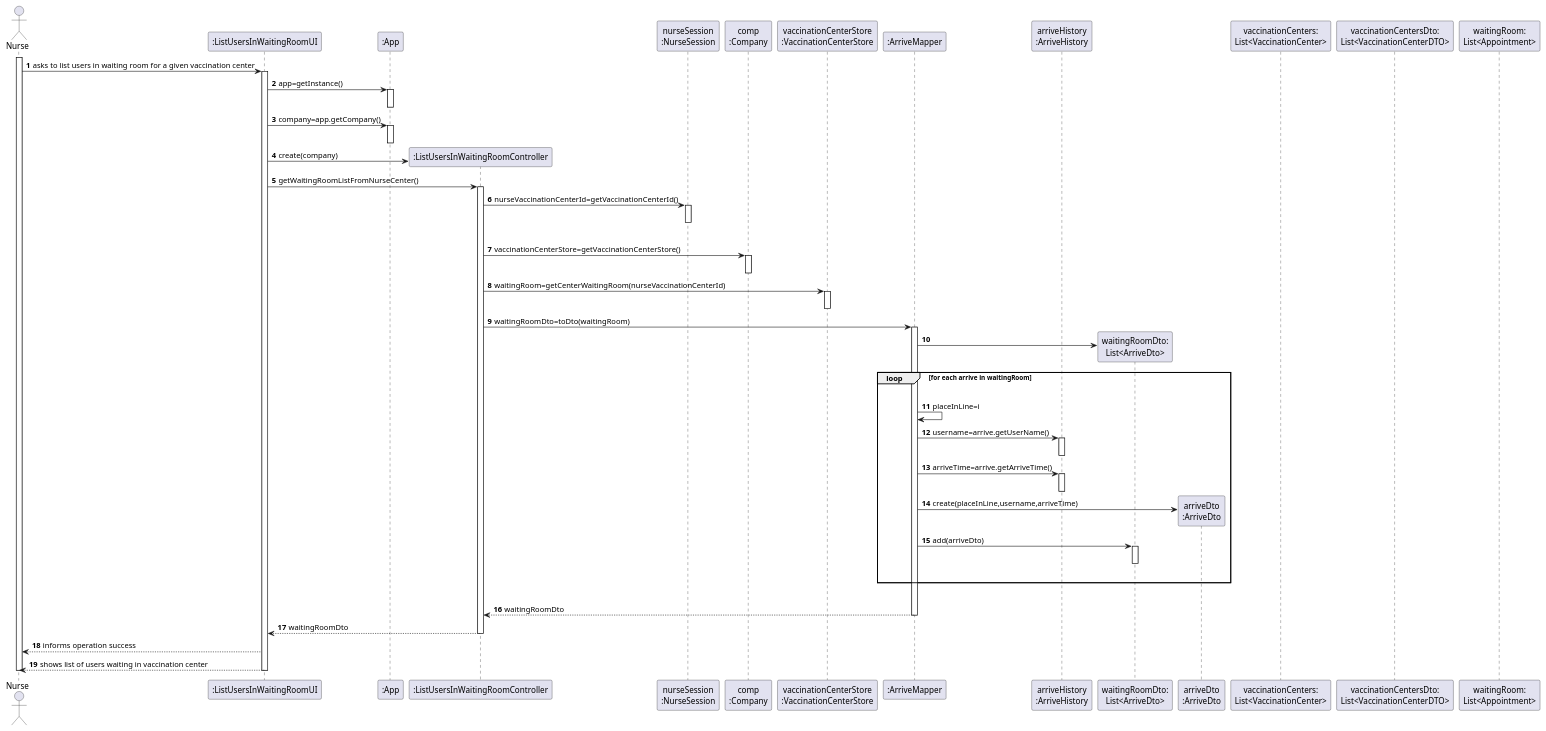
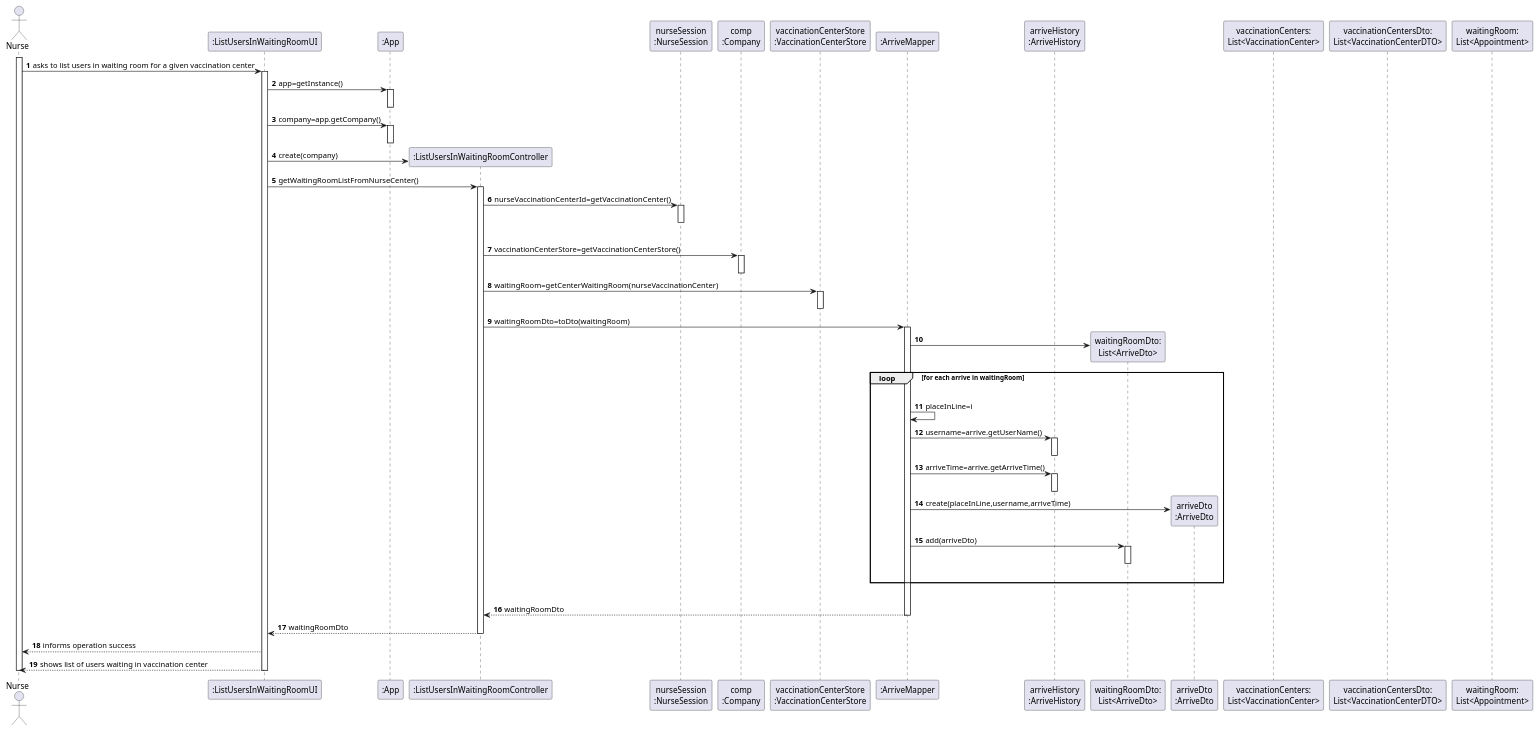
The diagram in docs/SprintC/US05/SD/US05_SD.puml (miseEnPlace-i/lapr2), drawn with PlantUML before and after one commit. The commit also changed 13 other files, not shown here.

Commit message:
feat: added nurse select center on login

```diff
--- a/docs/SprintC/US05/SD/US05_SD.puml
+++ b/docs/SprintC/US05/SD/US05_SD.puml
@@ -1,92 +1,92 @@
 @startuml
 autonumber
 'hide footbox
 actor "Nurse" as NURSE
 
 participant ":ListUsersInWaitingRoomUI" as UI
 activate NURSE
 NURSE -> UI : asks to list users in waiting room for a given vaccination center
 activate UI
 participant ":App" as APP
 UI -> APP : app=getInstance()
 activate APP
 deactivate APP
 UI -> APP : company=app.getCompany()
 activate APP
 deactivate APP
 
 create ":ListUsersInWaitingRoomController" as CTRL
 
 UI -> CTRL : create(company)
 
 participant "nurseSession\n:NurseSession" as FAC
 participant "comp\n:Company" as COMP
 participant "vaccinationCenterStore\n:VaccinationCenterStore" as VACS
 participant ":ArriveMapper" as ARRM
 participant "arriveHistory\n:ArriveHistory" as ARR
 participant "arrive:Arrive" as ARR
 
 
 UI -> CTRL : getWaitingRoomListFromNurseCenter()
 activate CTRL
-CTRL -> FAC : nurseVaccinationCenterId=getVaccinationCenterId()
+CTRL -> FAC : nurseVaccinationCenterId=getVaccinationCenter()
 activate FAC
 deactivate FAC
 |||
 
 CTRL -> COMP : vaccinationCenterStore=getVaccinationCenterStore()
 activate COMP
 deactivate
 
-CTRL -> VACS : waitingRoom=getCenterWaitingRoom(nurseVaccinationCenterId)
+CTRL -> VACS : waitingRoom=getCenterWaitingRoom(nurseVaccinationCenter)
 activate VACS
 deactivate VACS
 
 CTRL -> ARRM : waitingRoomDto=toDto(waitingRoom)
 activate ARRM
 
 create "waitingRoomDto:\nList<ArriveDto>" as WAITDTO
 
 ARRM -> WAITDTO
 
 loop for each arrive in waitingRoom
 |||
   ARRM -> ARRM : placeInLine=i
   ARRM -> ARR : username=arrive.getUserName()
   activate ARR
   deactivate ARR
   ARRM -> ARR : arriveTime=arrive.getArriveTime()
   activate ARR
   deactivate ARR
 
   create "arriveDto\n:ArriveDto" as APODTO
   ARRM -> APODTO : create(placeInLine,username,arriveTime)
 
   ARRM -> WAITDTO : add(arriveDto)
   activate WAITDTO
   deactivate WAITDTO
 |||
 end
 
 |||
 ARRM --> CTRL : waitingRoomDto 
 
 deactivate ARRM
 
 CTRL --> UI: waitingRoomDto
 
 deactivate COMP
 deactivate CTRL
 UI --> NURSE : informs operation success
 UI --> NURSE: shows list of users waiting in vaccination center
 deactivate UI
 
 deactivate UI
 deactivate CTRL
 deactivate NURSE
 
 participant "vaccinationCenters:\nList<VaccinationCenter>"
 participant "vaccinationCentersDto:\nList<VaccinationCenterDTO>"
 participant "waitingRoom:\nList<Appointment>"
 
 @enduml
```
